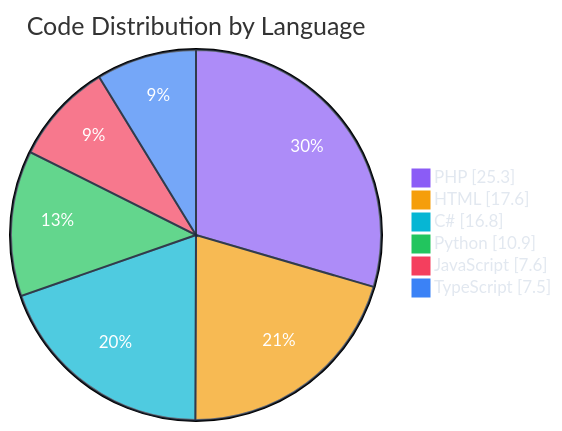
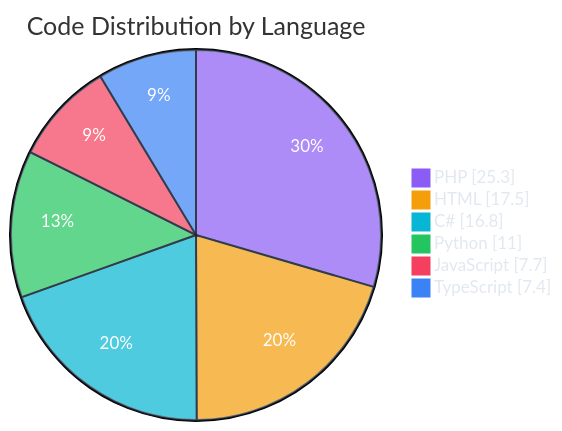
Before and after one commit to polo-nyan/polo-nyan: the second of 7 diagrams in README.md, drawn with Mermaid. The commit also changed other lines of this file and 1 other file, not shown here.

````diff
--- a/README.md
+++ b/README.md
@@ -229,11 +229,11 @@
 ```mermaid
 %%{init: {"theme": "base", "themeVariables": { "pie1": "#8b5cf6", "pie2": "#f59e0b", "pie3": "#06b6d4", "pie4": "#22c55e", "pie5": "#f43f5e", "pie6": "#3b82f6", "pie7": "#ec4899", "pieTextColor": "#ffffff", "pieLegendTextColor": "#e2e8f0", "pieSectionTextColor": "#ffffff", "pieStrokeColor": "#1e293b" }}}%%
 pie showData
     title Code Distribution by Language
     "PHP" : 25.3
-    "HTML" : 17.6
+    "HTML" : 17.5
     "C#" : 16.8
-    "Python" : 10.9
-    "JavaScript" : 7.6
-    "TypeScript" : 7.5
+    "Python" : 11.0
+    "JavaScript" : 7.7
+    "TypeScript" : 7.4
 ```
````
